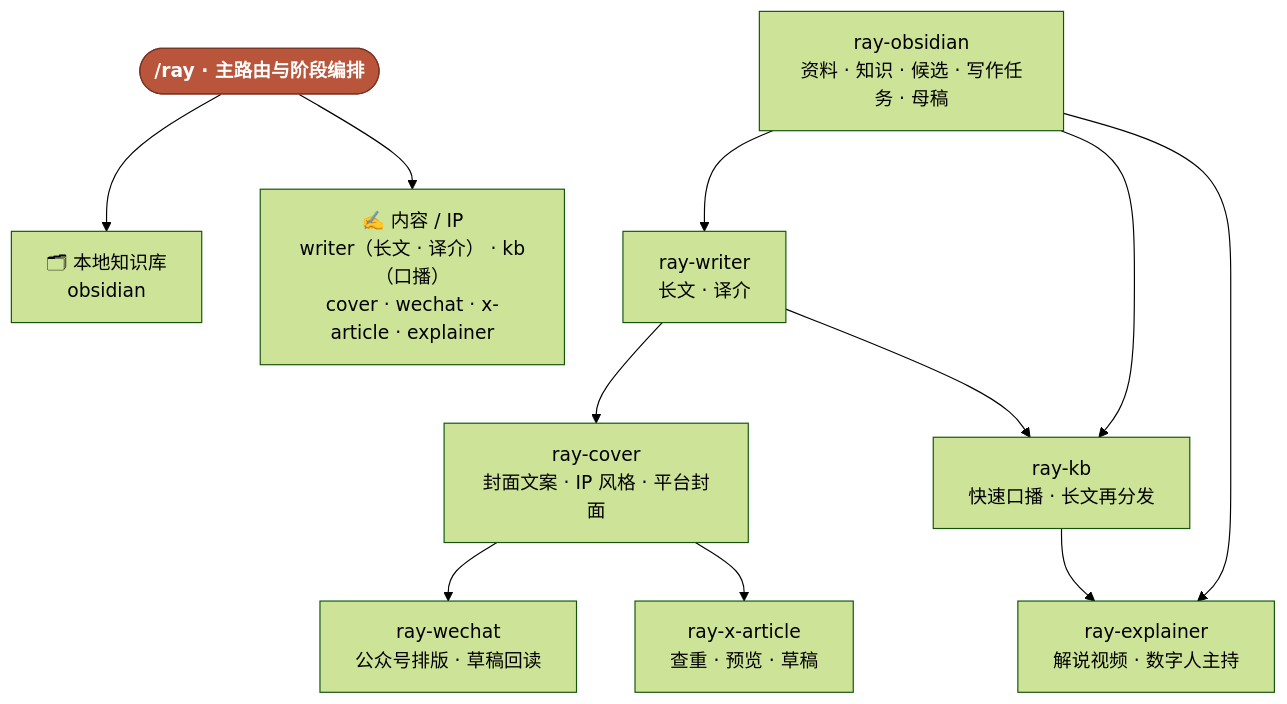
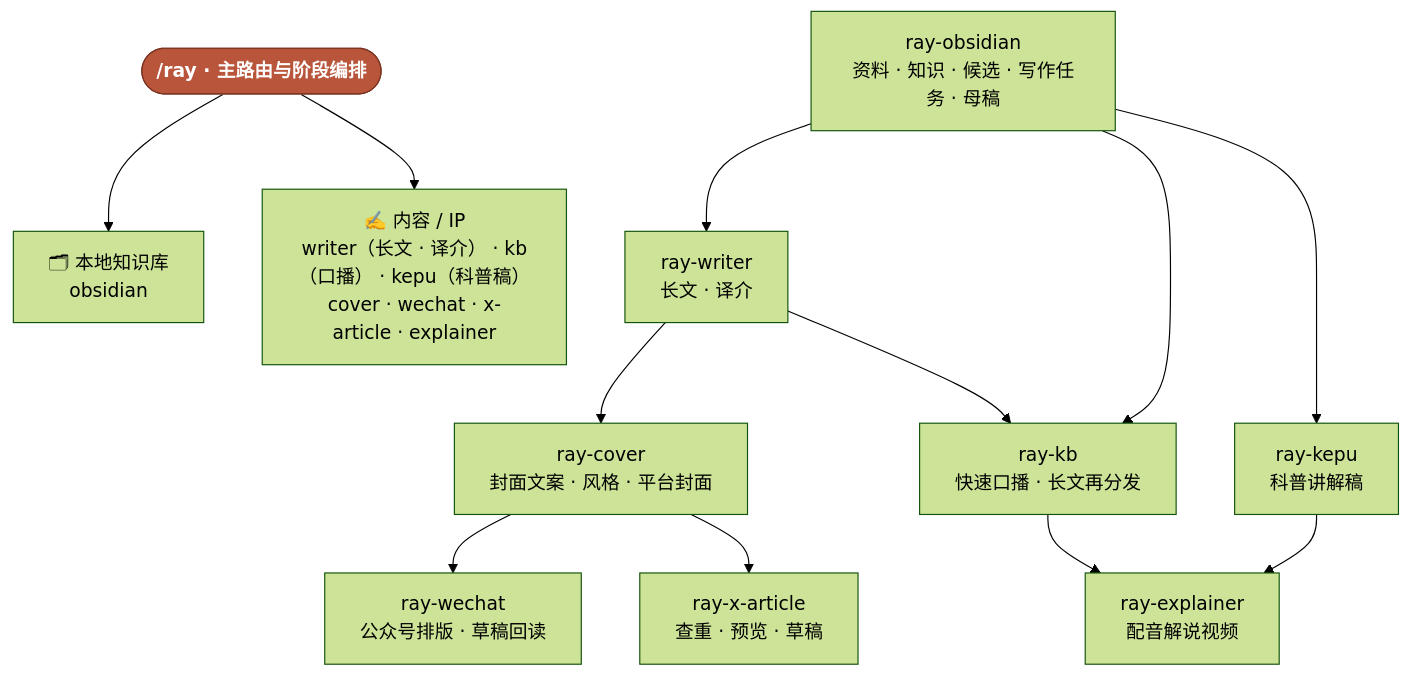
Before and after one commit to imraywang/rayskills: the diagram in README.md, drawn with Mermaid (forest theme). The commit also changed other lines of this file and 2 other files, not shown here.

First line of the commit message:
文档：README、新手入门、关系图按新结构更新

````diff
--- a/README.md
+++ b/README.md
@@ -71,18 +72,19 @@
 ```mermaid
 flowchart TD
     RAY(["/ray · 主路由与阶段编排"]):::hub
 
     RAY --> KNOWLEDGE["🗂 本地知识库<br/>obsidian"]
-    RAY --> CONTENT["✍️ 内容 / IP<br/>writer（长文 · 译介） · kb（口播）<br/>cover · wechat · x-article · explainer"]
+    RAY --> CONTENT["✍️ 内容 / IP<br/>writer（长文 · 译介） · kb（口播） · kepu（科普稿）<br/>cover · wechat · x-article · explainer"]
 
     OBSIDIAN["ray-obsidian<br/>资料 · 知识 · 候选 · 写作任务 · 母稿"] --> WRITER["ray-writer<br/>长文 · 译介"]
-    WRITER --> COVER["ray-cover<br/>封面文案 · IP 风格 · 平台封面"]
+    WRITER --> COVER["ray-cover<br/>封面文案 · 风格 · 平台封面"]
     OBSIDIAN --> KB["ray-kb<br/>快速口播 · 长文再分发"]
     WRITER --> KB
-    OBSIDIAN --> EXPLAINER["ray-explainer<br/>解说视频 · 数字人主持"]
-    KB --> EXPLAINER
+    OBSIDIAN --> KEPU["ray-kepu<br/>科普讲解稿"]
+    KB --> EXPLAINER["ray-explainer<br/>配音解说视频"]
+    KEPU --> EXPLAINER
     COVER --> WECHAT["ray-wechat<br/>公众号排版 · 草稿回读"]
     COVER --> XARTICLE["ray-x-article<br/>查重 · 预览 · 草稿"]
 
     classDef hub fill:#b8553a,stroke:#7a3320,color:#fff,font-weight:bold;
 ```
````
